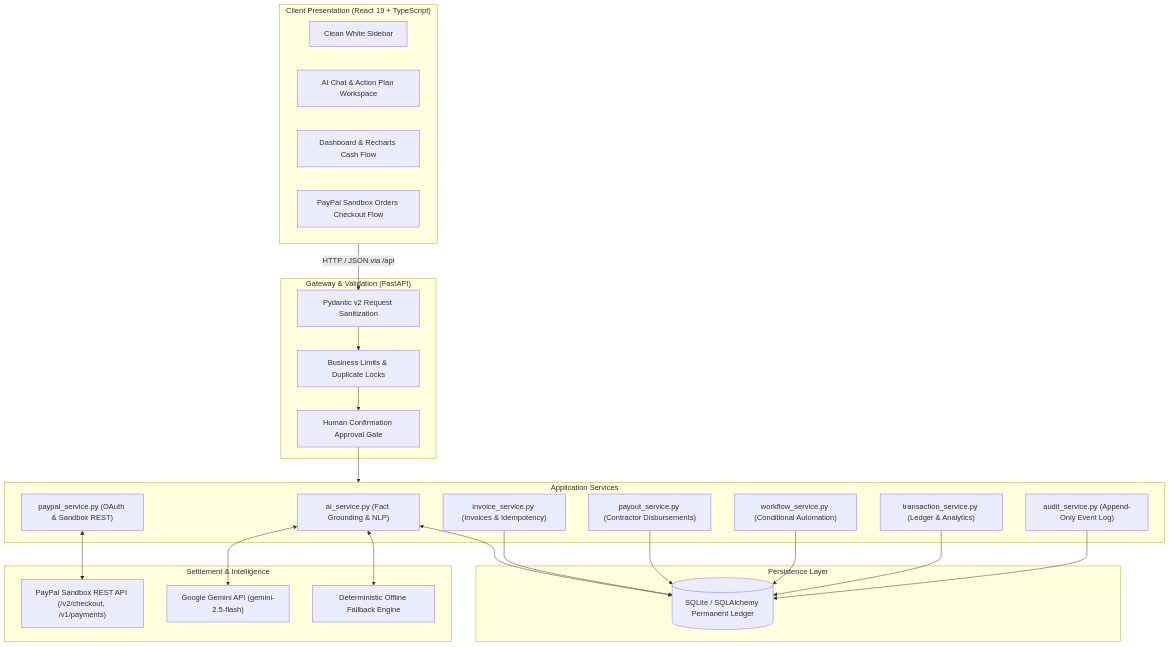
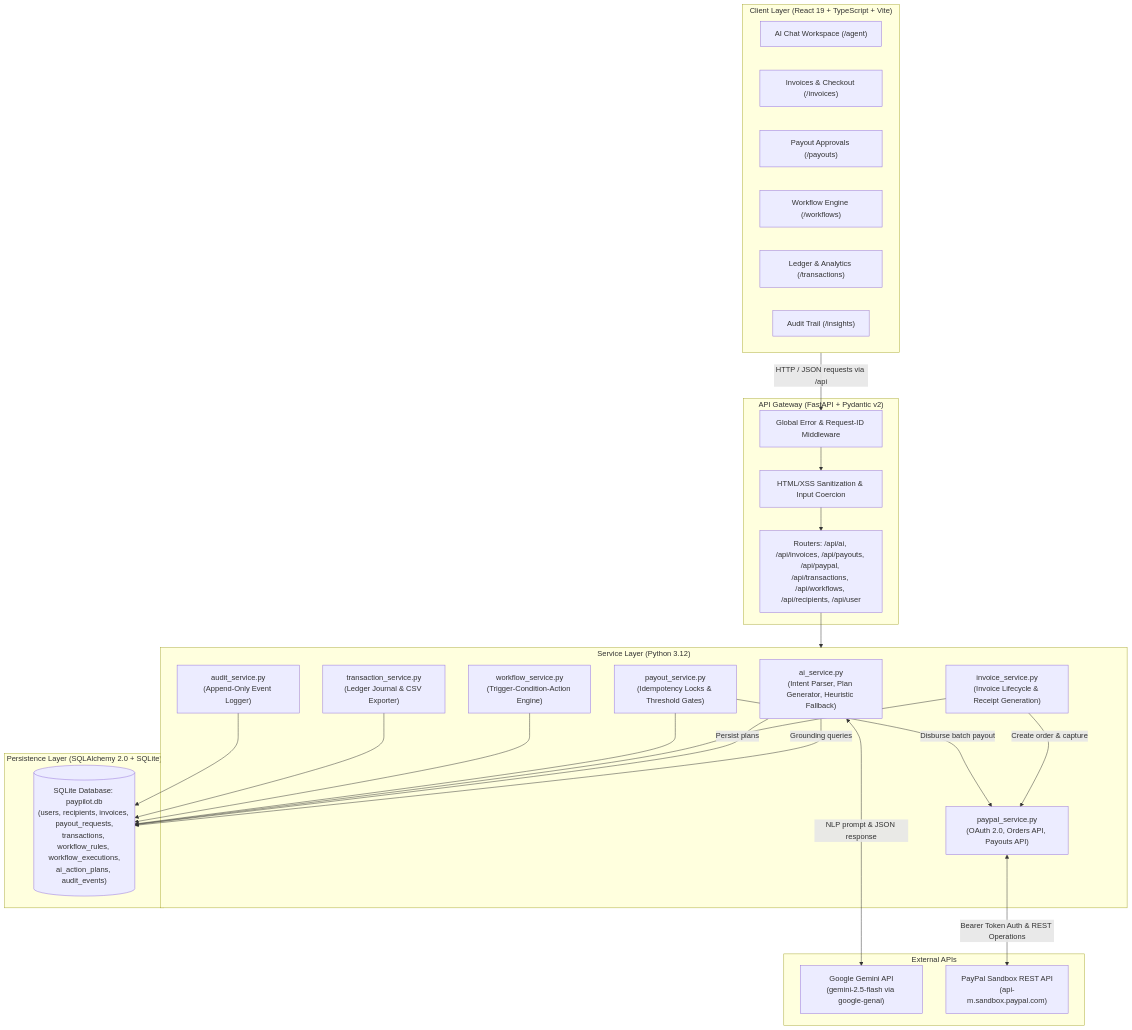
The first of 3 diagrams in README.md (jaishree-verma/PayPilot_AI), drawn with Mermaid before and after one commit. The commit also changed other lines of this file and 42 other files, not shown here.

````diff
--- a/README.md
+++ b/README.md
@@ -28,50 +40,55 @@
 ```mermaid
-graph TB
-    subgraph Client ["Client Presentation (React 19 + TypeScript)"]
-        Sidebar["Clean White Sidebar"]
-        Workspace["AI Chat & Action Plan Workspace"]
-        Dashboard["Dashboard & Recharts Cash Flow"]
-        Checkout["PayPal Sandbox Orders Checkout Flow"]
+flowchart TD
+    subgraph Client ["Client Layer (React 19 + TypeScript + Vite)"]
+        UI_Chat["AI Chat Workspace (/agent)"]
+        UI_Invoices["Invoices & Checkout (/invoices)"]
+        UI_Payouts["Payout Approvals (/payouts)"]
+        UI_Workflows["Workflow Engine (/workflows)"]
+        UI_Ledger["Ledger & Analytics (/transactions)"]
+        UI_Insights["Audit Trail (/insights)"]
     end
 
-    subgraph API ["Gateway & Validation (FastAPI)"]
-        Validation["Pydantic v2 Request Sanitization"]
-        SafetyGate["Human Confirmation Approval Gate"]
-        Limits["Business Limits & Duplicate Locks"]
+    subgraph Gateway ["API Gateway (FastAPI + Pydantic v2)"]
+        Middleware["Global Error & Request-ID Middleware"]
+        Sanitization["HTML/XSS Sanitization & Input Coercion"]
+        Routers["Routers: /api/ai, /api/invoices, /api/payouts, /api/paypal, /api/transactions, /api/workflows, /api/recipients, /api/user"]
     end
 
-    subgraph Services ["Application Services"]
-        AI_Svc["ai_service.py (Fact Grounding & NLP)"]
-        PP_Svc["paypal_service.py (OAuth & Sandbox REST)"]
-        Inv_Svc["invoice_service.py (Invoices & Idempotency)"]
-        Pay_Svc["payout_service.py (Contractor Disbursements)"]
-        Wf_Svc["workflow_service.py (Conditional Automation)"]
-        Tx_Svc["transaction_service.py (Ledger & Analytics)"]
-        Audit_Svc["audit_service.py (Append-Only Event Log)"]
+    subgraph ServiceLayer ["Service Layer (Python 3.12)"]
+        AI_Svc["ai_service.py\n(Intent Parser, Plan Generator, Heuristic Fallback)"]
+        Inv_Svc["invoice_service.py\n(Invoice Lifecycle & Receipt Generation)"]
+        Pay_Svc["payout_service.py\n(Idempotency Locks & Threshold Gates)"]
+        PP_Svc["paypal_service.py\n(OAuth 2.0, Orders API, Payouts API)"]
+        Wf_Svc["workflow_service.py\n(Trigger-Condition-Action Engine)"]
+        Tx_Svc["transaction_service.py\n(Ledger Journal & CSV Exporter)"]
+        Audit_Svc["audit_service.py\n(Append-Only Event Logger)"]
     end
 
-    subgraph External ["Settlement & Intelligence"]
-        PayPal["PayPal Sandbox REST API (/v2/checkout, /v1/payments)"]
-        Gemini["Google Gemini API (gemini-2.5-flash)"]
-        Fallback["Deterministic Offline Fallback Engine"]
+    subgraph Integrations ["External APIs"]
+        Gemini["Google Gemini API\n(gemini-2.5-flash via google-genai)"]
+        PayPalSandbox["PayPal Sandbox REST API\n(api-m.sandbox.paypal.com)"]
     end
 
-    subgraph Storage ["Persistence Layer"]
-        DB[(SQLite / SQLAlchemy Permanent Ledger)]
+    subgraph Persistence ["Persistence Layer (SQLAlchemy 2.0 + SQLite)"]
+        DB[("SQLite Database: paypilot.db\n(users, recipients, invoices, payout_requests,\ntransactions, workflow_rules, workflow_executions,\nai_action_plans, audit_events)")]
     end
 
-    Client -->|HTTP / JSON via /api| Validation
-    Validation --> Limits
-    Limits --> SafetyGate
-    SafetyGate --> Services
+    Client -->|HTTP / JSON requests via /api| Middleware
+    Middleware --> Sanitization
+    Sanitization --> Routers
+    Routers --> ServiceLayer
 
-    AI_Svc <--> Gemini
-    AI_Svc <--> Fallback
-    AI_Svc <--> DB
-    PP_Svc <--> PayPal
+    AI_Svc <-->|NLP prompt & JSON response| Gemini
+    AI_Svc -->|Grounding queries| DB
+    AI_Svc -->|Persist plans| DB
+    
     Inv_Svc --> DB
     Pay_Svc --> DB
     Wf_Svc --> DB
     Tx_Svc --> DB
     Audit_Svc --> DB
+
+    Inv_Svc -->|Create order & capture| PP_Svc
+    Pay_Svc -->|Disburse batch payout| PP_Svc
+    PP_Svc <-->|Bearer Token Auth & REST Operations| PayPalSandbox
 ```
````
